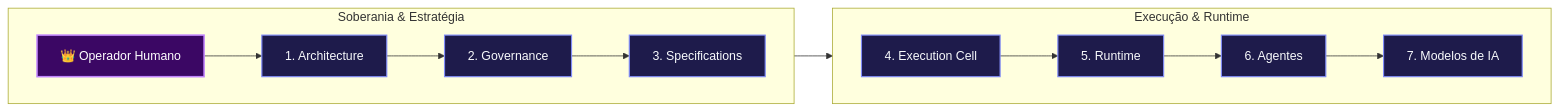
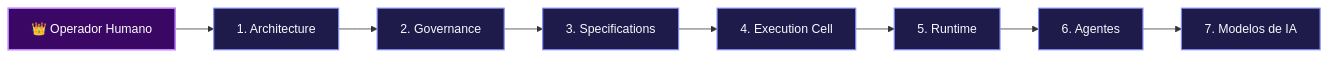
Before and after one commit to EnterDufter/PromptCoreLabs_AEOS: the fourth of 5 diagrams in governance/operating-model.md, drawn with Mermaid. The commit also changed other lines of this file and 1 other file, not shown here.

Commit message:
fix(rendering): restaura orientacao horizontal limpa (graph LR) e remove max-height artificial do CSS para legibilidade perfeita no Web, Mobile e PDF

````diff
--- a/governance/operating-model.md
+++ b/governance/operating-model.md
@@ -329,16 +318,7 @@
 ```mermaid
 graph LR
     classDef top fill:#3b0764,stroke:#c084fc,stroke-width:2px,color:#fff;
     classDef auth fill:#1e1b4b,stroke:#818cf8,stroke-width:1.5px,color:#f8fafc;
 
-    subgraph A_Top["Soberania & Estratégia"]
-        direction LR
-        U["👑 Operador Humano"]:::top --> Arc["1. Architecture"]:::auth --> Gov["2. Governance"]:::auth --> Spec["3. Specifications"]:::auth
-    end
-    subgraph A_Bot["Execução & Runtime"]
-        direction LR
-        EC["4. Execution Cell"]:::auth --> RT["5. Runtime"]:::auth --> Agt["6. Agentes"]:::auth --> Mdl["7. Modelos de IA"]:::auth
-    end
-
-    A_Top --> A_Bot
+    U["👑 Operador Humano"]:::top --> Arc["1. Architecture"]:::auth --> Gov["2. Governance"]:::auth --> Spec["3. Specifications"]:::auth --> EC["4. Execution Cell"]:::auth --> RT["5. Runtime"]:::auth --> Agt["6. Agentes"]:::auth --> Mdl["7. Modelos de IA"]:::auth
 ```
````
